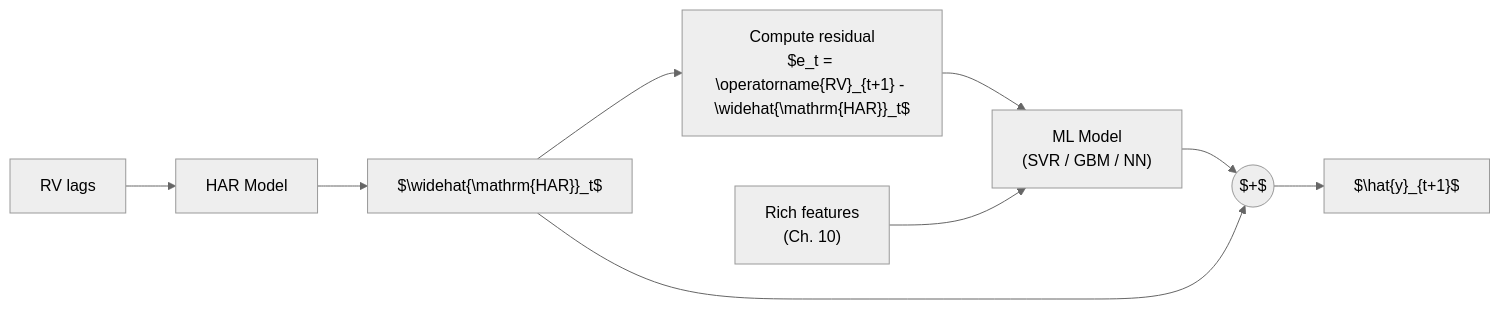
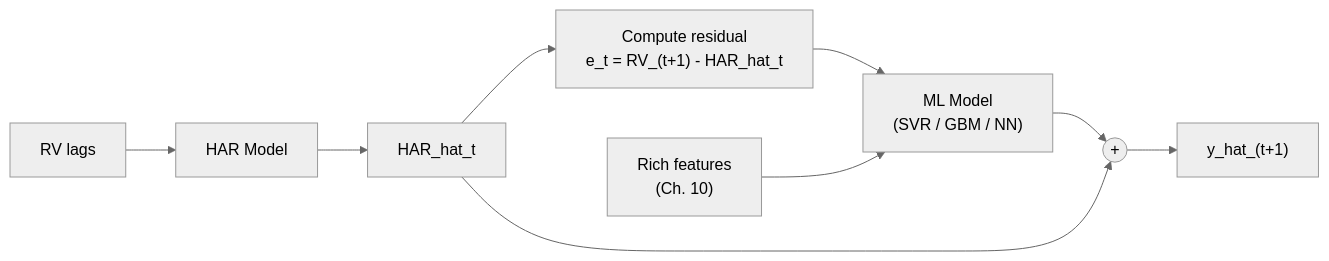
The first of 4 diagrams in vol-learning-guide/markdown/ch13-hybrid-ensemble.md (xRyann2255/ML-GS), drawn with Mermaid (neutral theme) before and after one commit. The commit also changed other lines of this file and 19 other files, not shown here.

````diff
--- a/vol-learning-guide/markdown/ch13-hybrid-ensemble.md
+++ b/vol-learning-guide/markdown/ch13-hybrid-ensemble.md
@@ -89,20 +38,11 @@
 ```mermaid
 flowchart LR
-    rv["RV lags"]
-    har["HAR Model"]
-    harhat["$\widehat{\mathrm{HAR}}_t$"]
-    resid["Compute residual\n$e_t = \operatorname{RV}_{t+1} - \widehat{\mathrm{HAR}}_t$"]
-    feat["Rich features\n(Ch. 10)"]
-    ml["ML Model\n(SVR / GBM / NN)"]
-    plus(("$+$"))
-    final["$\hat{y}_{t+1}$"]
-
-    rv --> har
-    har --> harhat
-    harhat --> resid
-    resid --> ml
-    feat --> ml
-    ml --> plus
+    rv["RV lags"] --> har["HAR Model"]
+    har --> harhat["HAR_hat_t"]
+    harhat --> resid["Compute residual<br/>e_t = RV_(t+1) - HAR_hat_t"]
+    resid --> ml["ML Model<br/>(SVR / GBM / NN)"]
+    feat["Rich features<br/>(Ch. 10)"] --> ml
+    ml --> plus(("+"))
     harhat --> plus
-    plus --> final
+    plus --> final["y_hat_(t+1)"]
 ```
````
